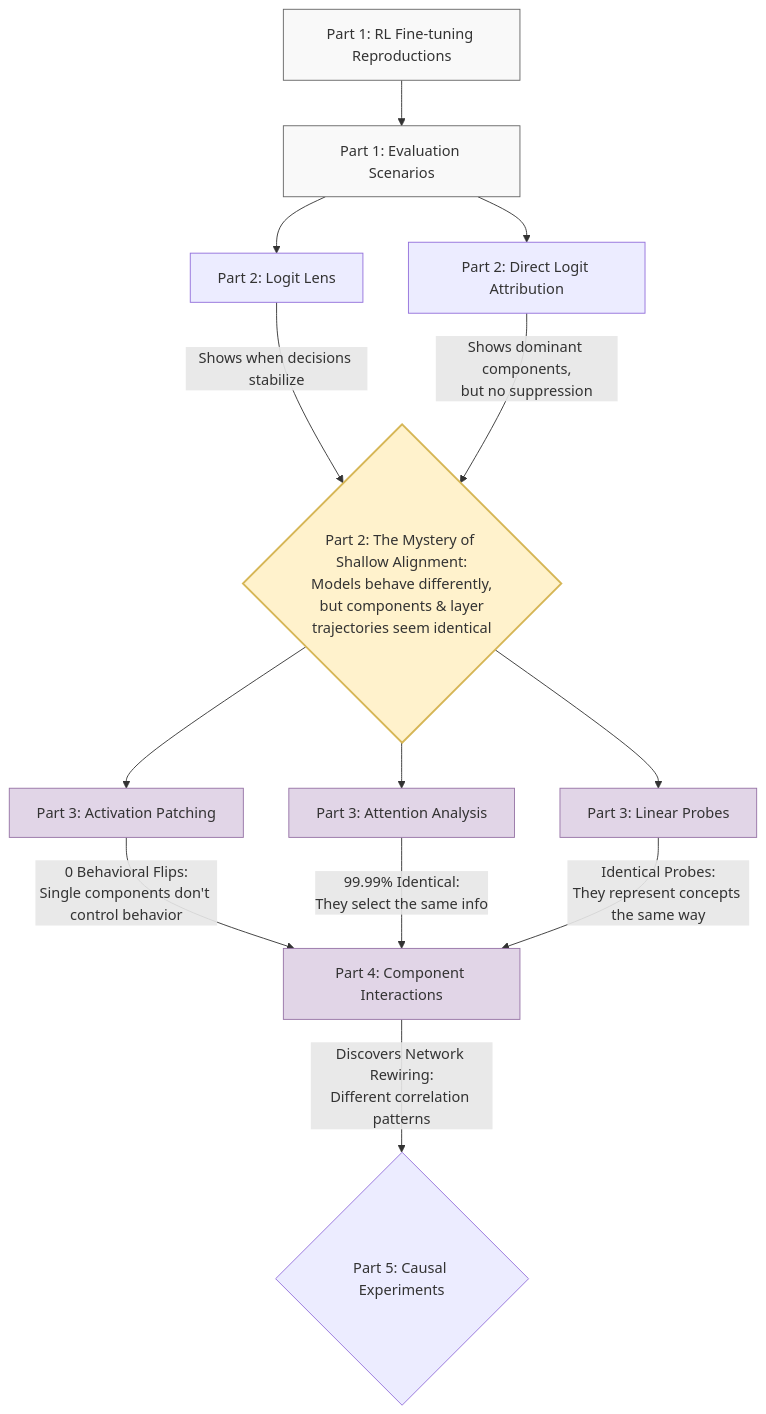
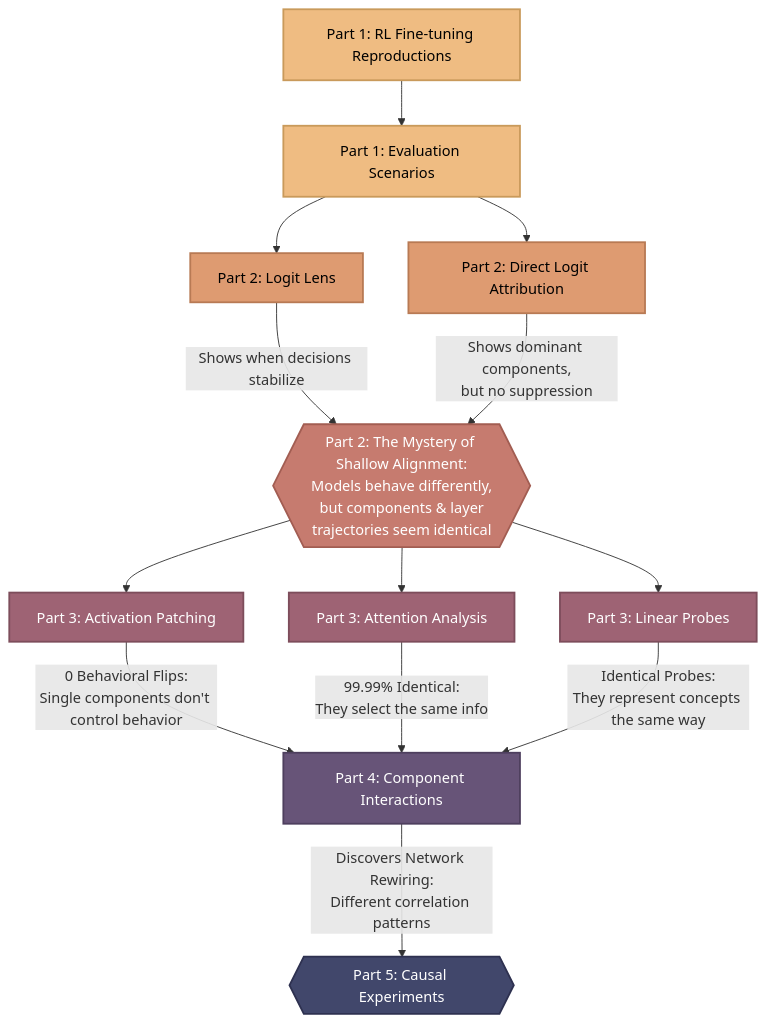
The fourth of 5 diagrams in WRITE_UP.md (tylercrosse/LLM_morality), drawn with Mermaid before and after one commit. The commit also changed other lines of this file, not shown here.

Commit message:
Tweak Mermaid diagrams

````diff
--- a/WRITE_UP.md
+++ b/WRITE_UP.md
@@ -479,38 +484,42 @@
 ```mermaid
 graph TD
-    classDef setup fill:#f9f9f9,stroke:#666,stroke-width:1px;
-    classDef feature fill:#fff2cc,stroke:#d6b656,stroke-width:2px;
-    classDef test fill:#e1d5e7,stroke:#9673a6,stroke-width:1px;
+    classDef setup fill:#EFBC82,stroke:#c99a5b,stroke-width:2px,color:#000;
+    classDef investigate fill:#DE9B71,stroke:#b87a54,stroke-width:2px,color:#000;
+    classDef mystery fill:#C67B6F,stroke:#a25d52,stroke-width:2px,color:#fff;
+    classDef test fill:#9E6374,stroke:#7d4d5b,stroke-width:2px,color:#fff;
+    classDef breakthrough fill:#675478,stroke:#4e3f5e,stroke-width:2px,color:#fff;
+    classDef causal fill:#41476B,stroke:#2e3150,stroke-width:2px,color:#fff;
 
     %% Base Setup
     FT[Part 1: RL Fine-tuning Reproductions] --> Eval[Part 1: Evaluation Scenarios]
     Eval --> LL[Part 2: Logit Lens]
     Eval --> DLA[Part 2: Direct Logit Attribution]
 
     class FT,Eval setup;
+    class LL,DLA investigate;
 
     %% The Mystery
-    LL -- Shows when decisions stabilize --> Mystery{Part 2: The Mystery of Shallow Alignment:<br>Models behave differently,<br>but components & layer<br>trajectories seem identical}
+    LL -- Shows when decisions stabilize --> Mystery{{Part 2: The Mystery of Shallow Alignment:<br>Models behave differently,<br>but components & layer<br>trajectories seem identical}}
     DLA -- Shows dominant components,<br>but no suppression --> Mystery
 
-    class Mystery feature;
+    class Mystery mystery;
 
     %% Hypothesis Testing
     Mystery --> AP[Part 3: Activation Patching]
     Mystery --> Attn[Part 3: Attention Analysis]
     Mystery --> Probes[Part 3: Linear Probes]
 
     class AP,Attn,Probes test;
 
     %% Null Results -> New Hypothesis
     AP -- "0 Behavioral Flips:<br>Single components don't control behavior" --> Interact[Part 4: Component Interactions]
     Attn -- "99.99% Identical:<br>They select the same info" --> Interact
     Probes -- "Identical Probes:<br>They represent concepts the same way" --> Interact
 
-    class Interact test;
+    class Interact breakthrough;
 
     %% The Breakthrough
-    Interact -- "Discovers Network Rewiring:<br>Different correlation patterns" --> Causal{Part 5: Causal Experiments}
+    Interact -- "Discovers Network Rewiring:<br>Different correlation patterns" --> Causal{{Part 5: Causal Experiments}}
 
     class Causal causal;
 ```
````
